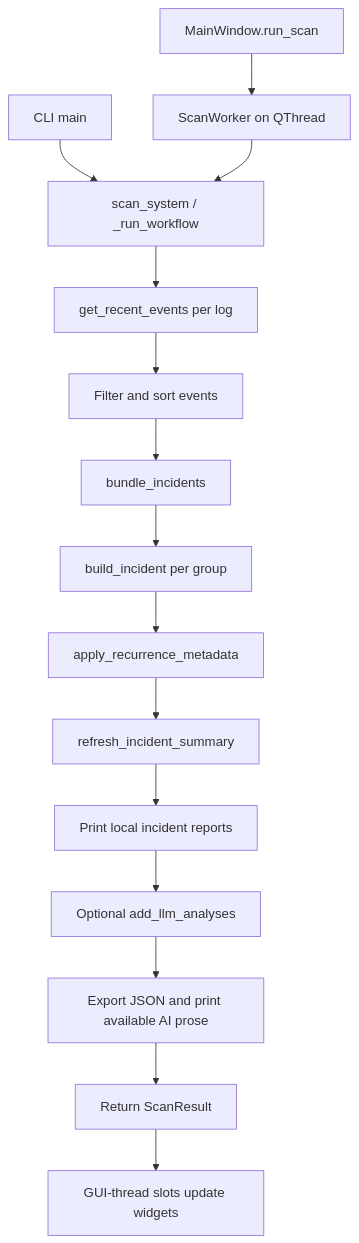
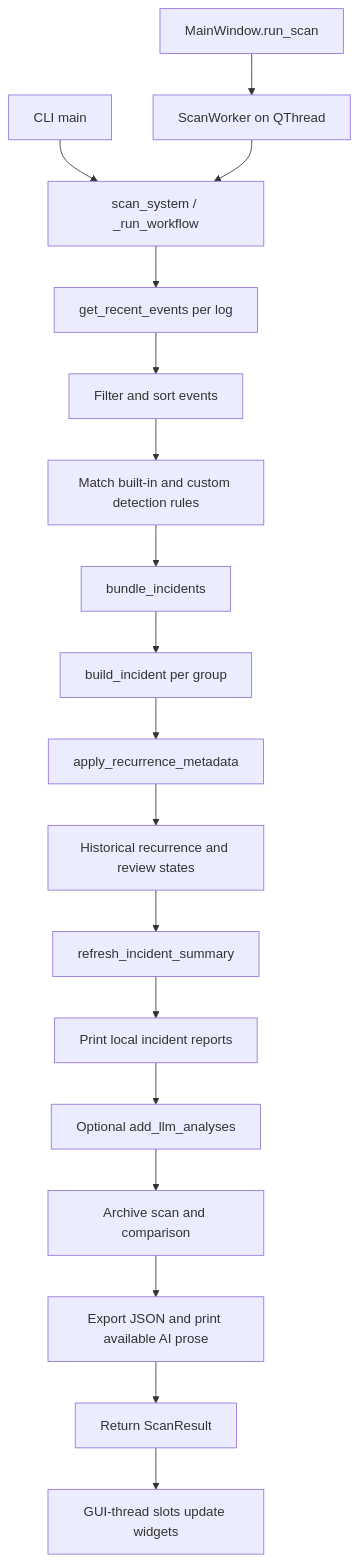
One commit to Hiroshinoharu/LogOpen changed the diagram in docs/code_reference.md. Above: the diagram before and after it, drawn with Mermaid. The commit also changed other lines of this file and 53 other files, not shown here.

````diff
--- a/docs/code_reference.md
+++ b/docs/code_reference.md
@@ -33,17 +43,20 @@
 ```mermaid
 flowchart TD
     CLI[CLI main] --> Scan[scan_system / _run_workflow]
     UI[MainWindow.run_scan] --> Worker[ScanWorker on QThread]
     Worker --> Scan
     Scan --> Collect[get_recent_events per log]
     Collect --> Filter[Filter and sort events]
-    Filter --> Bundle[bundle_incidents]
+    Filter --> Rules[Match built-in and custom detection rules]
+    Rules --> Bundle[bundle_incidents]
     Bundle --> Build[build_incident per group]
     Build --> Recurrence[apply_recurrence_metadata]
-    Recurrence --> Score[refresh_incident_summary]
+    Recurrence --> History[Historical recurrence and review states]
+    History --> Score[refresh_incident_summary]
     Score --> Terminal[Print local incident reports]
     Terminal --> AI[Optional add_llm_analyses]
-    AI --> Export[Export JSON and print available AI prose]
+    AI --> Archive[Archive scan and comparison]
+    Archive --> Export[Export JSON and print available AI prose]
     Export --> Result[Return ScanResult]
     Result --> Display[GUI-thread slots update widgets]
 ```
````
